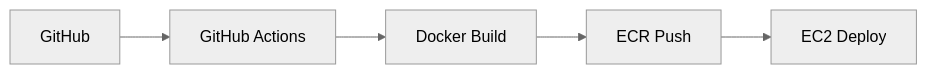
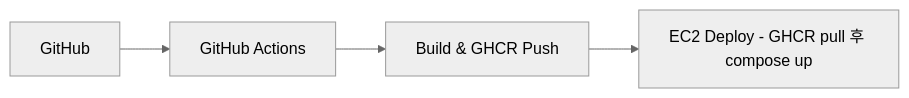
The diagram in README.md (E-driven-idle/delivery-management), drawn with Mermaid (neutral theme) before and after one commit. The commit also changed other lines of this file, not shown here.

````diff
--- a/README.md
+++ b/README.md
@@ -135,7 +174,6 @@
 ```mermaid
 graph LR
     A[GitHub] --> B[GitHub Actions]
-    B --> C[Docker Build]
-    C --> D[ECR Push]
-    D --> E[EC2 Deploy]
+    B --> C[Build & GHCR Push]
+    C --> D[EC2 Deploy - GHCR pull 후 compose up]
 ```
````
